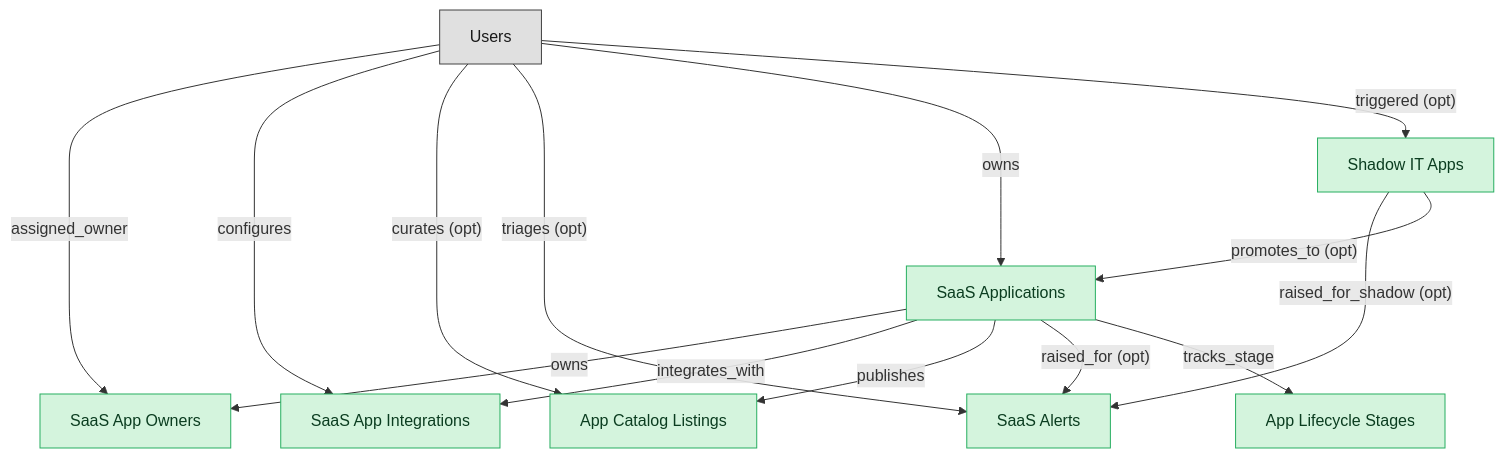
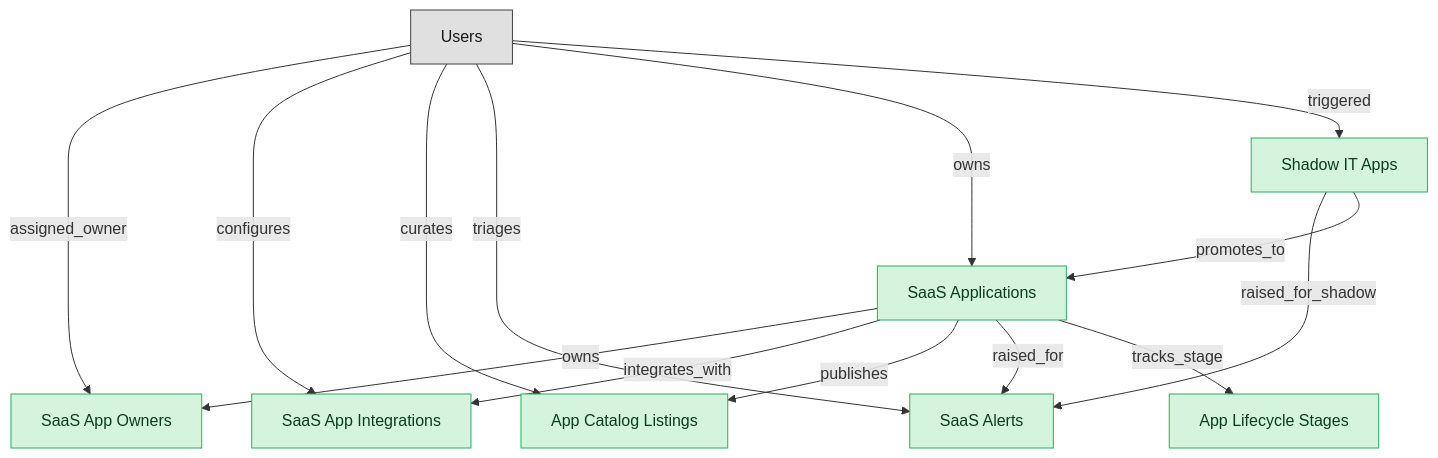
One commit to IntranetFactory/domain-map changed the diagram in catalog/blueprints/smp-discovery-semantic-blueprint.md. Above: the diagram before and after it, drawn with Mermaid. The commit also changed other lines of this file and 18 other files, not shown here.

````diff
--- a/catalog/blueprints/smp-discovery-semantic-blueprint.md
+++ b/catalog/blueprints/smp-discovery-semantic-blueprint.md
@@ -36,34 +36,34 @@
 ```mermaid
 flowchart TD
   classDef master fill:#d4f4dd,stroke:#27ae60,color:#0b3d20;
   classDef platform_builtin fill:#e0e0e0,stroke:#424242,color:#1a1a1a;
   saas_applications["SaaS Applications"]
   shadow_it_apps["Shadow IT Apps"]
   smp_app_owners["SaaS App Owners"]
   smp_app_integrations["SaaS App Integrations"]
   smp_app_catalog_listings["App Catalog Listings"]
   smp_alerts["SaaS Alerts"]
   smp_app_lifecycle_stages["App Lifecycle Stages"]
   users["Users"]
   saas_applications -->|"owns"| smp_app_owners
   saas_applications -->|"integrates_with"| smp_app_integrations
   saas_applications -->|"publishes"| smp_app_catalog_listings
-  saas_applications -->|"raised_for (opt)"| smp_alerts
-  shadow_it_apps -->|"raised_for_shadow (opt)"| smp_alerts
+  saas_applications -->|"raised_for"| smp_alerts
+  shadow_it_apps -->|"raised_for_shadow"| smp_alerts
   saas_applications -->|"tracks_stage"| smp_app_lifecycle_stages
-  shadow_it_apps -->|"promotes_to (opt)"| saas_applications
+  shadow_it_apps -->|"promotes_to"| saas_applications
   users -->|"assigned_owner"| smp_app_owners
   users -->|"configures"| smp_app_integrations
-  users -->|"curates (opt)"| smp_app_catalog_listings
-  users -->|"triages (opt)"| smp_alerts
+  users -->|"curates"| smp_app_catalog_listings
+  users -->|"triages"| smp_alerts
   users -->|"owns"| saas_applications
-  users -->|"triggered (opt)"| shadow_it_apps
+  users -->|"triggered"| shadow_it_apps
   class saas_applications master;
   class shadow_it_apps master;
   class smp_app_owners master;
   class smp_app_integrations master;
   class smp_app_catalog_listings master;
   class smp_alerts master;
   class smp_app_lifecycle_stages master;
   class users platform_builtin;
 ```
````
